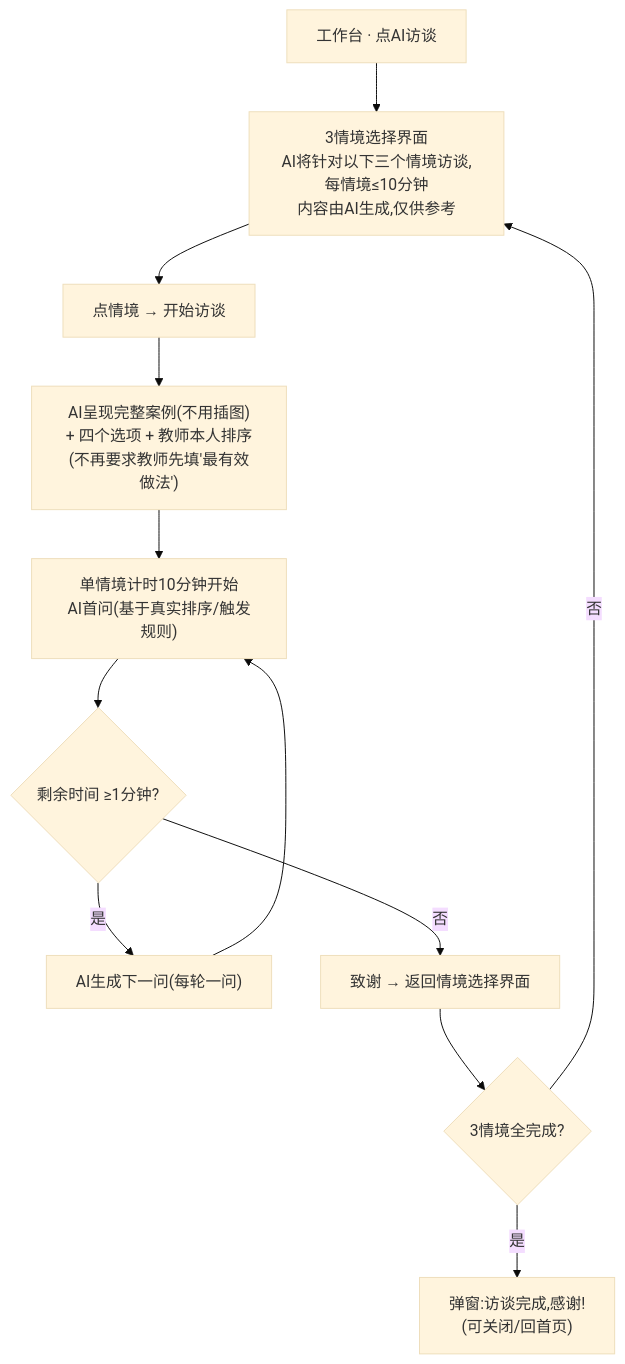
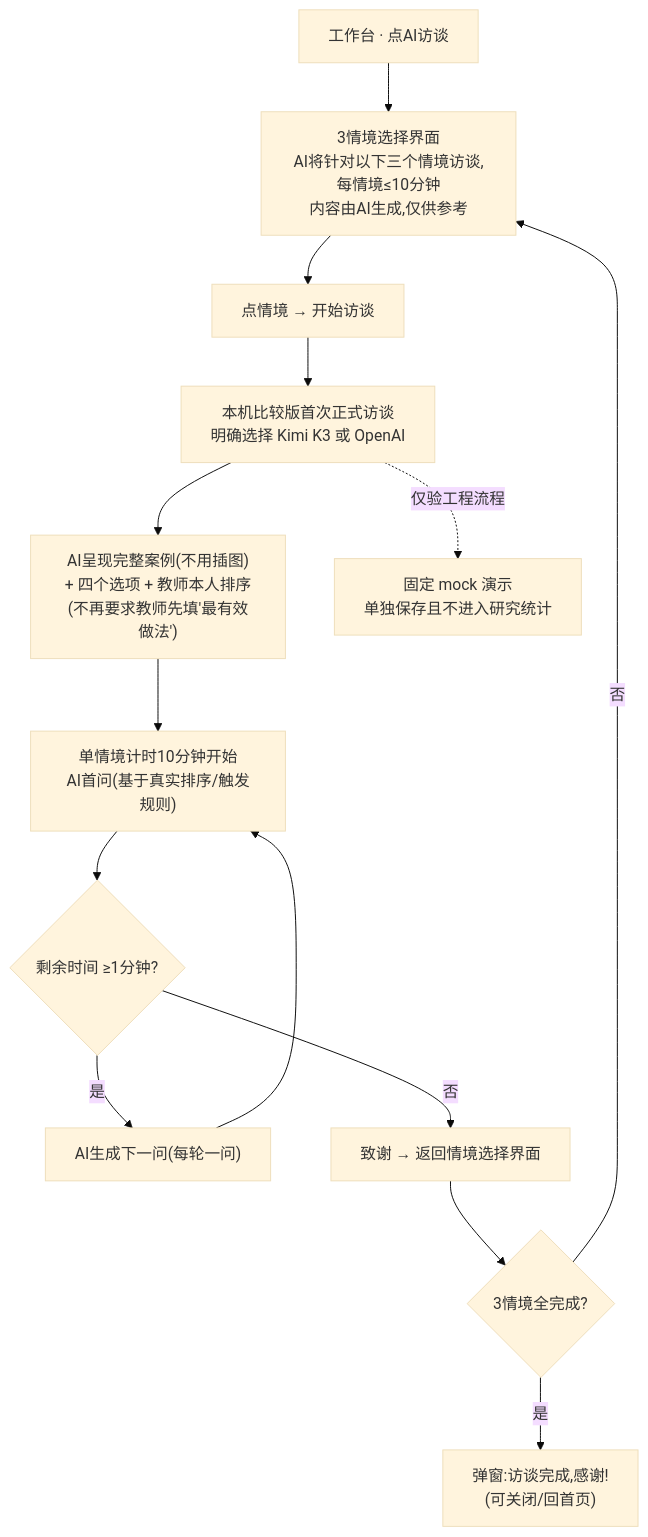
One commit to norazhu1013-blip/tcim-interview-website changed the third of 3 diagrams in 设计文档.md. Above: the diagram before and after it, drawn with Mermaid (base theme). The commit also changed other lines of this file and 21 other files, not shown here.

````diff
--- a/设计文档.md
+++ b/设计文档.md
@@ -219,14 +219,16 @@
 ```mermaid
 flowchart TD
   A["工作台 · 点AI访谈"] --> B["3情境选择界面<br/>AI将针对以下三个情境访谈,每情境≤10分钟<br/>内容由AI生成,仅供参考"]
   B --> C["点情境 → 开始访谈"]
-  C --> D["AI呈现完整案例(不用插图)<br/>+ 四个选项 + 教师本人排序<br/>(不再要求教师先填'最有效做法')"]
+  C --> M["本机比较版首次正式访谈<br/>明确选择 Kimi K3 或 OpenAI"]
+  M --> D["AI呈现完整案例(不用插图)<br/>+ 四个选项 + 教师本人排序<br/>(不再要求教师先填'最有效做法')"]
+  M -.->|仅验工程流程| X["固定 mock 演示<br/>单独保存且不进入研究统计"]
   D --> E["单情境计时10分钟开始<br/>AI首问(基于真实排序/触发规则)"]
   E --> F{"剩余时间 ≥1分钟?"}
   F -->|"是"| G["AI生成下一问(每轮一问)"]
   G --> E
   F -->|"否"| H["致谢 → 返回情境选择界面"]
   H --> I{"3情境全完成?"}
   I -->|"否"| B
   I -->|"是"| J["弹窗:访谈完成,感谢!<br/>(可关闭/回首页)"]
 ```
````
